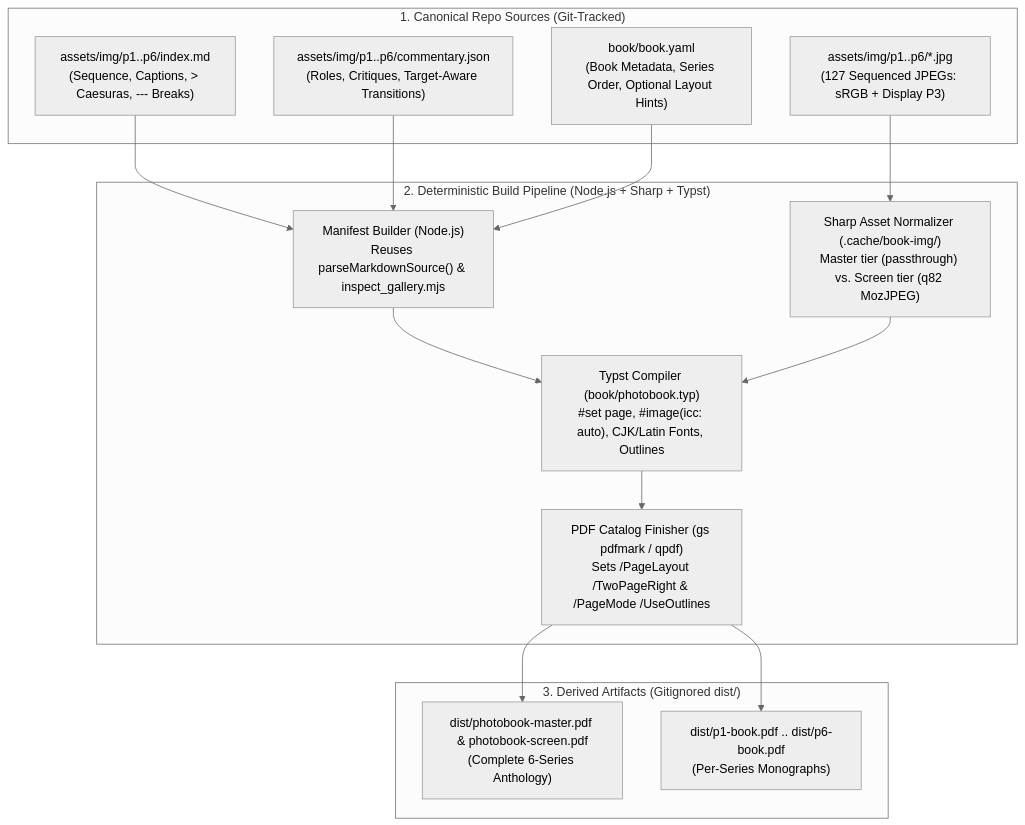
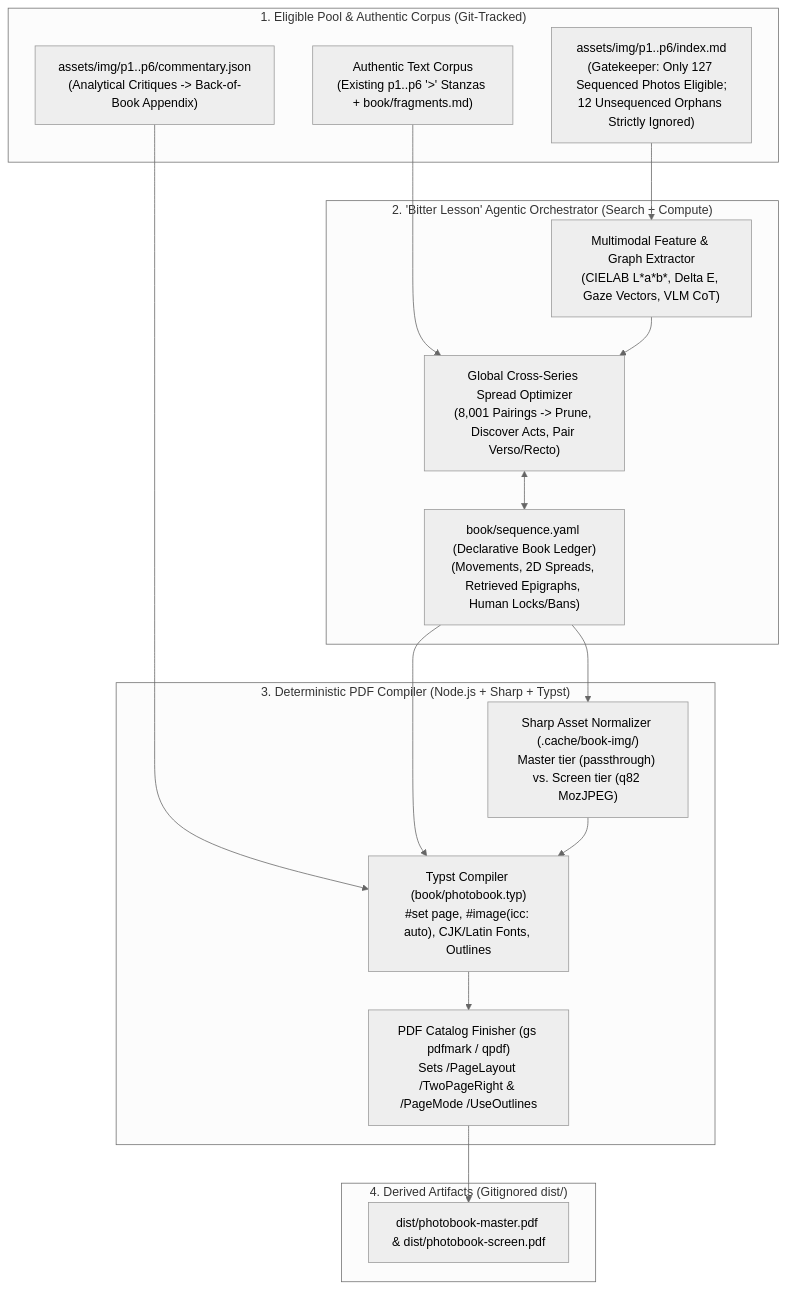
Before and after one commit to ryusoh/ryusoh.github.io: the diagram in docs/photobook-ebook-research.md, drawn with Mermaid (neutral theme). The commit also changed other lines of this file, not shown here.

First line of the commit message:
docs(photobook-ebook-research): refactor scope to include agentic orchestration and sequencing strategy

````diff
--- a/docs/photobook-ebook-research.md
+++ b/docs/photobook-ebook-research.md
@@ -31,31 +37,35 @@
 ```mermaid
 flowchart TD
-    subgraph Source ["1. Canonical Repo Sources (Git-Tracked)"]
-        MD["assets/img/p1..p6/index.md<br/>(Sequence, Captions, > Caesuras, --- Breaks)"]
-        COMM["assets/img/p1..p6/commentary.json<br/>(Roles, Critiques, Target-Aware Transitions)"]
-        BOOK["book/book.yaml<br/>(Book Metadata, Series Order, Optional Layout Hints)"]
-        IMGS["assets/img/p1..p6/*.jpg<br/>(127 Sequenced JPEGs: sRGB + Display P3)"]
+    subgraph Source ["1. Eligible Pool & Authentic Corpus (Git-Tracked)"]
+        MD["assets/img/p1..p6/index.md<br/>(Gatekeeper: Only 127 Sequenced Photos Eligible;<br/>12 Unsequenced Orphans Strictly Ignored)"]
+        FRAG["Authentic Text Corpus<br/>(Existing p1..p6 '>' Stanzas + book/fragments.md)"]
+        COMM["assets/img/p1..p6/commentary.json<br/>(Analytical Critiques -> Back-of-Book Appendix)"]
     end
 
-    subgraph Engine ["2. Deterministic Build Pipeline (Node.js + Sharp + Typst)"]
-        PARSE["Manifest Builder (Node.js)<br/>Reuses parseMarkdownSource() & inspect_gallery.mjs"]
+    subgraph Agentic ["2. 'Bitter Lesson' Agentic Orchestrator (Search + Compute)"]
+        METRICS["Multimodal Feature & Graph Extractor<br/>(CIELAB L*a*b*, Delta E, Gaze Vectors, VLM CoT)"]
+        SEARCH["Global Cross-Series Spread Optimizer<br/>(8,001 Pairings -> Prune, Discover Acts, Pair Verso/Recto)"]
+        LEDGER["book/sequence.yaml (Declarative Book Ledger)<br/>(Movements, 2D Spreads, Retrieved Epigraphs, Human Locks/Bans)"]
+    end
+
+    subgraph Engine ["3. Deterministic PDF Compiler (Node.js + Sharp + Typst)"]
         SHARP["Sharp Asset Normalizer (.cache/book-img/)<br/>Master tier (passthrough) vs. Screen tier (q82 MozJPEG)"]
         TYPST["Typst Compiler (book/photobook.typ)<br/>#set page, #image(icc: auto), CJK/Latin Fonts, Outlines"]
         POST["PDF Catalog Finisher (gs pdfmark / qpdf)<br/>Sets /PageLayout /TwoPageRight & /PageMode /UseOutlines"]
     end
 
-    subgraph Output ["3. Derived Artifacts (Gitignored dist/)"]
-        PDF_FULL["dist/photobook-master.pdf & photobook-screen.pdf<br/>(Complete 6-Series Anthology)"]
-        PDF_MONO["dist/p1-book.pdf .. dist/p6-book.pdf<br/>(Per-Series Monographs)"]
+    subgraph Output ["4. Derived Artifacts (Gitignored dist/)"]
+        PDF_OUT["dist/photobook-master.pdf & dist/photobook-screen.pdf"]
     end
 
-    MD --> PARSE
-    COMM --> PARSE
-    BOOK --> PARSE
-    IMGS --> SHARP
-    PARSE --> TYPST
+    MD --> METRICS
+    FRAG --> SEARCH
+    COMM --> TYPST
+    METRICS --> SEARCH
+    SEARCH <--> LEDGER
+    LEDGER --> SHARP
+    LEDGER --> TYPST
     SHARP --> TYPST
     TYPST --> POST
-    POST --> PDF_FULL
-    POST --> PDF_MONO
+    POST --> PDF_OUT
 ```
````
